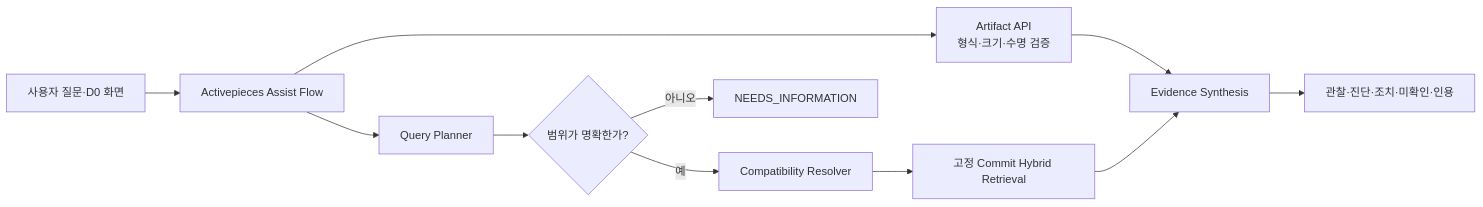
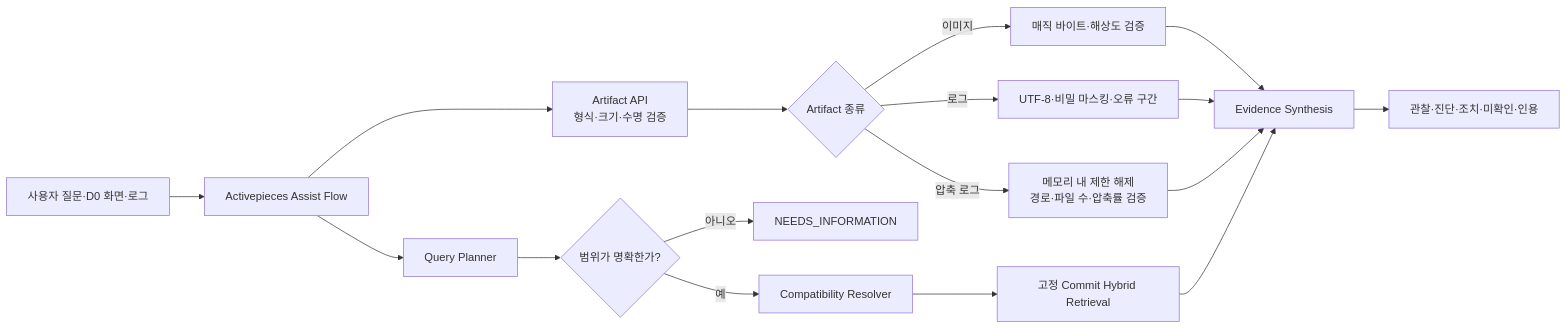
The diagram in docs/plans/issues-56-58-assist-multimodal-design.md (ablecloud-team/ablestack-techflow), drawn with Mermaid before and after one commit. The commit also changed other lines of this file and 26 other files, not shown here.

````diff
--- a/docs/plans/issues-56-58-assist-multimodal-design.md
+++ b/docs/plans/issues-56-58-assist-multimodal-design.md
@@ -9,13 +9,19 @@
 ```mermaid
 flowchart LR
-    U["사용자 질문·D0 화면"] --> AP["Activepieces Assist Flow"]
+    U["사용자 질문·D0 화면·로그"] --> AP["Activepieces Assist Flow"]
     AP --> A["Artifact API<br/>형식·크기·수명 검증"]
+    A --> T{"Artifact 종류"}
+    T -- 이미지 --> I["매직 바이트·해상도 검증"]
+    T -- 로그 --> L["UTF-8·비밀 마스킹·오류 구간"]
+    T -- 압축 로그 --> Z["메모리 내 제한 해제<br/>경로·파일 수·압축률 검증"]
     AP --> P["Query Planner"]
     P --> C{"범위가 명확한가?"}
     C -- 아니오 --> N["NEEDS_INFORMATION"]
     C -- 예 --> R["Compatibility Resolver"]
     R --> H["고정 Commit Hybrid Retrieval"]
-    A --> S["Evidence Synthesis"]
+    I --> S["Evidence Synthesis"]
+    L --> S
+    Z --> S
     H --> S
     S --> O["관찰·진단·조치·미확인·인용"]
 ```
````
